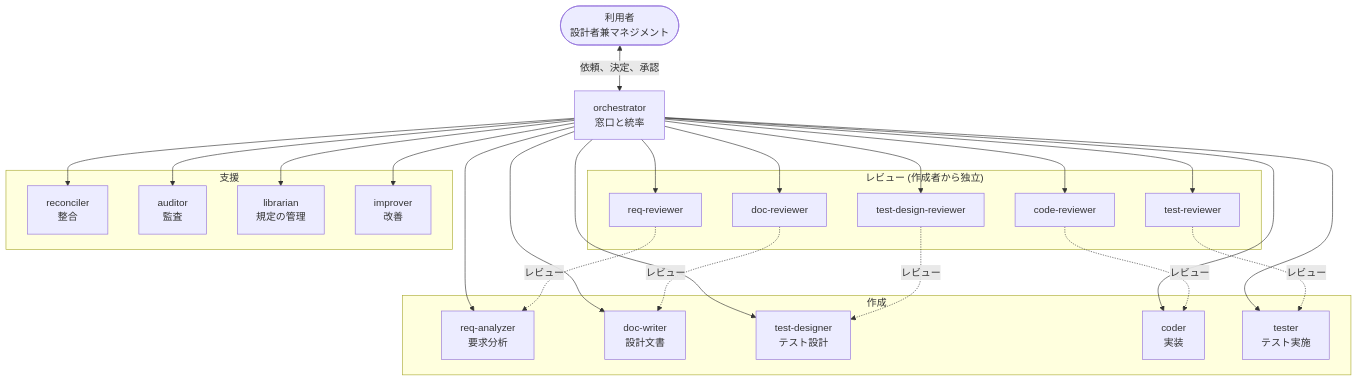
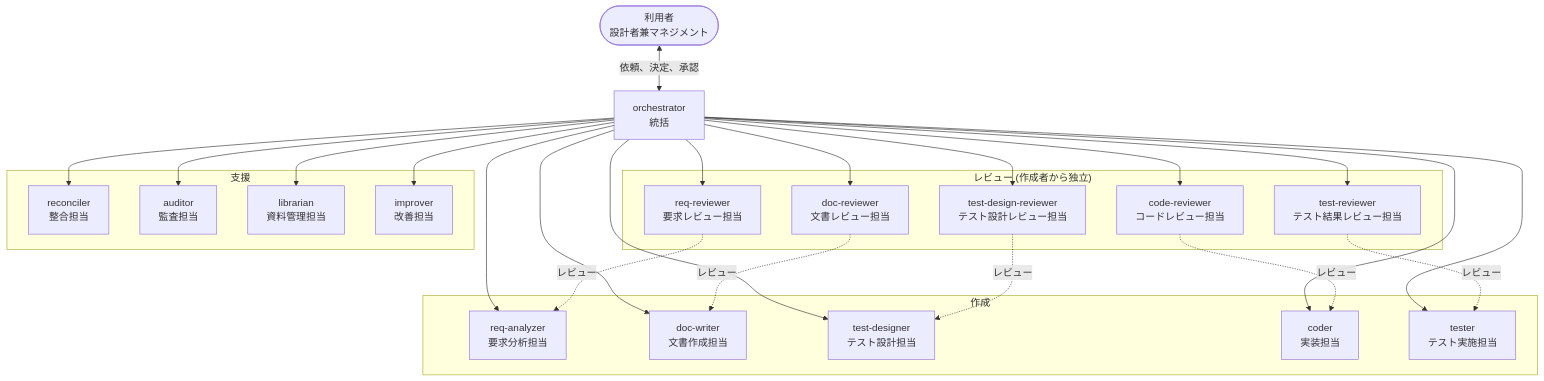
Before and after one commit to aztechaz357/MakeAgent_001: the first of 5 diagrams in docs/organization.md, drawn with Mermaid. The commit also changed other lines of this file and 40 other files, not shown here.

````diff
--- a/docs/organization.md
+++ b/docs/organization.md
@@ -7,39 +7,39 @@
 ```mermaid
 flowchart TD
     U(["利用者<br>設計者兼マネジメント"])
-    O["orchestrator<br>窓口と統率"]
+    O["orchestrator<br>統括"]
     U <-->|"依頼、決定、承認"| O
 
     subgraph MAKE["作成"]
-        RA["req-analyzer<br>要求分析"]
-        DW["doc-writer<br>設計文書"]
-        TDS["test-designer<br>テスト設計"]
-        CO["coder<br>実装"]
-        TE["tester<br>テスト実施"]
+        RA["req-analyzer<br>要求分析担当"]
+        DW["doc-writer<br>文書作成担当"]
+        TDS["test-designer<br>テスト設計担当"]
+        CO["coder<br>実装担当"]
+        TE["tester<br>テスト実施担当"]
     end
 
     subgraph REVIEW["レビュー (作成者から独立)"]
-        RR["req-reviewer"]
-        DR["doc-reviewer"]
-        TDR["test-design-reviewer"]
-        CR["code-reviewer"]
-        TR["test-reviewer"]
+        RR["req-reviewer<br>要求レビュー担当"]
+        DR["doc-reviewer<br>文書レビュー担当"]
+        TDR["test-design-reviewer<br>テスト設計レビュー担当"]
+        CR["code-reviewer<br>コードレビュー担当"]
+        TR["test-reviewer<br>テスト結果レビュー担当"]
     end
 
     subgraph SUPPORT["支援"]
-        RC["reconciler<br>整合"]
-        AU["auditor<br>監査"]
-        LI["librarian<br>規定の管理"]
-        IM["improver<br>改善"]
+        RC["reconciler<br>整合担当"]
+        AU["auditor<br>監査担当"]
+        LI["librarian<br>資料管理担当"]
+        IM["improver<br>改善担当"]
     end
 
     O --> RA & DW & TDS & CO & TE
     O --> RR & DR & TDR & CR & TR
     O --> RC & AU & LI & IM
 
     RR -.->|レビュー| RA
     DR -.->|レビュー| DW
     TDR -.->|レビュー| TDS
     CR -.->|レビュー| CO
     TR -.->|レビュー| TE
 ```
````
